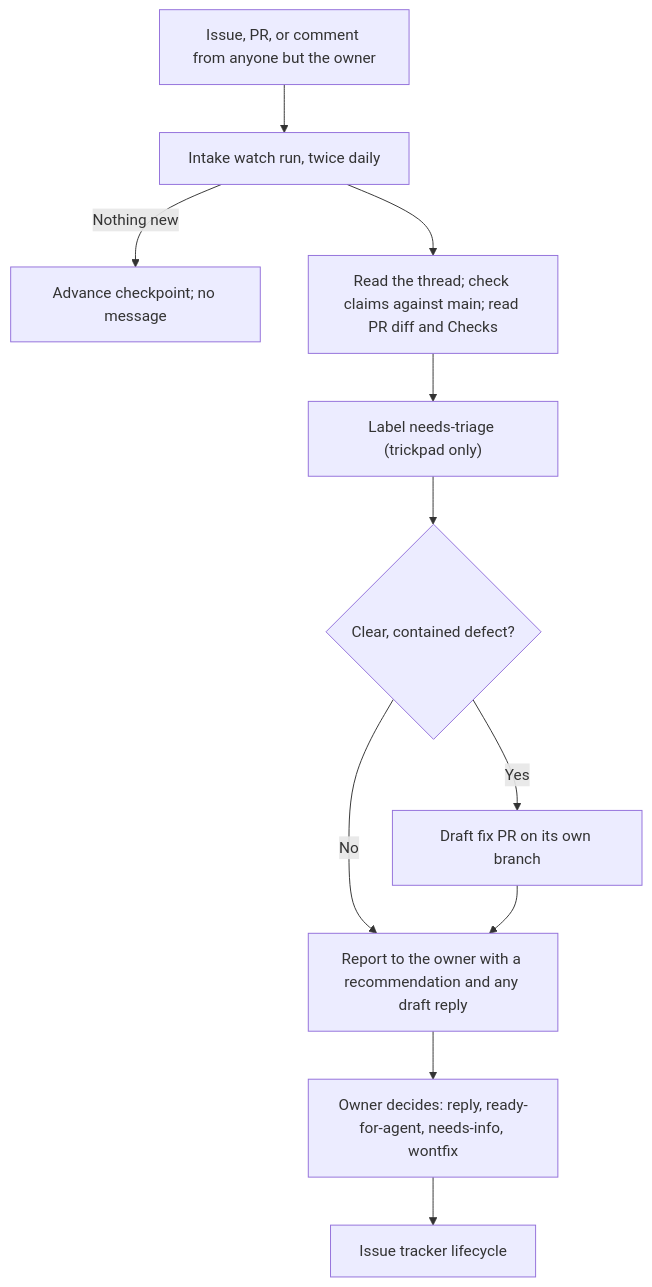
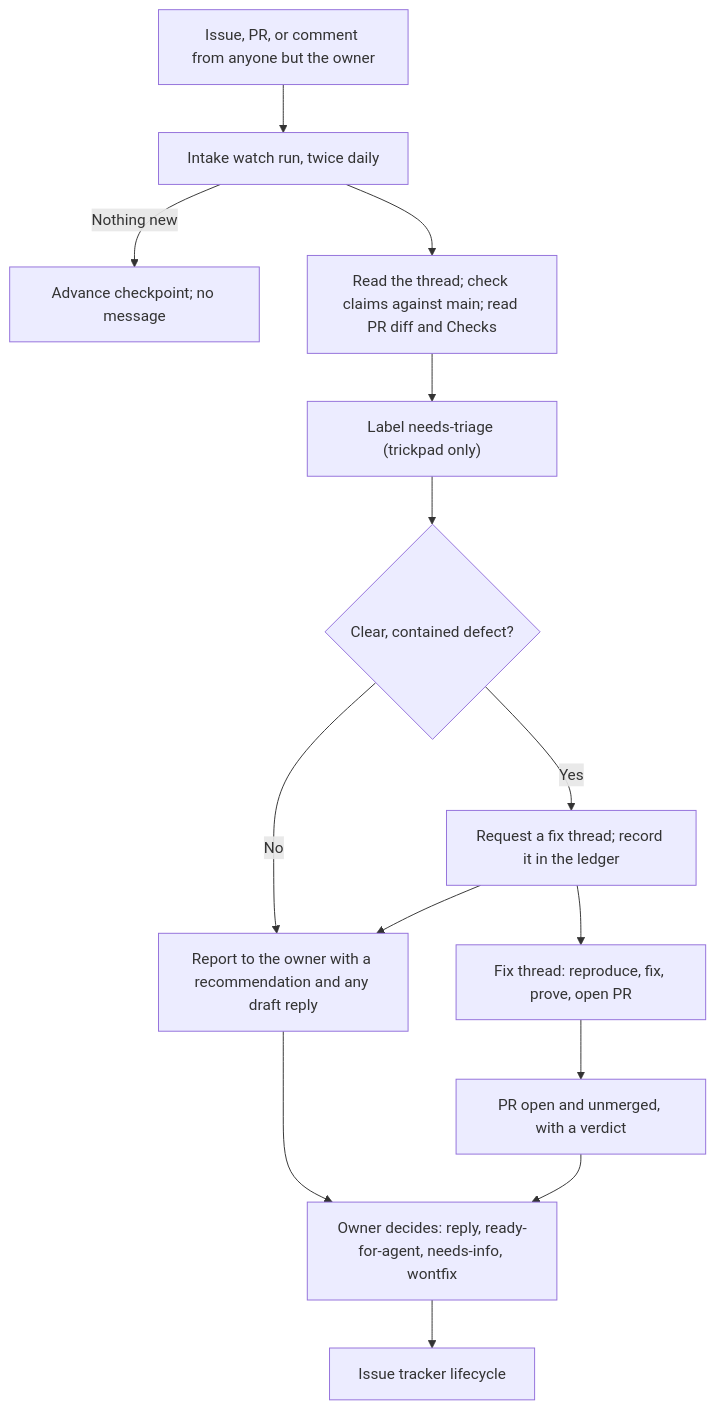
Before and after one commit to nweii/trickpad: the diagram in docs/agents/factory.md, drawn with Mermaid. The commit also changed other lines of this file, not shown here.

First line of the commit message:
docs: give each intake fix its own thread under a full stop

````diff
--- a/docs/agents/factory.md
+++ b/docs/agents/factory.md
@@ -7,13 +7,16 @@
 ```mermaid
 flowchart TD
     Outside["Issue, PR, or comment from anyone but the owner"] --> Watch["Intake watch run, twice daily"]
     Watch -->|Nothing new| Quiet["Advance checkpoint; no message"]
     Watch --> Read["Read the thread; check claims against main; read PR diff and Checks"]
     Read --> Label["Label needs-triage (trickpad only)"]
     Label --> Fix{"Clear, contained defect?"}
-    Fix -->|Yes| Draft["Draft fix PR on its own branch"]
-    Fix -->|No| Report
-    Draft --> Report["Report to the owner with a recommendation and any draft reply"]
+    Fix -->|No| Report["Report to the owner with a recommendation and any draft reply"]
+    Fix -->|Yes| Thread["Request a fix thread; record it in the ledger"]
+    Thread --> Report
+    Thread --> FixRun["Fix thread: reproduce, fix, prove, open PR"]
+    FixRun --> Verdict["PR open and unmerged, with a verdict"]
+    Verdict --> Owner
     Report --> Owner["Owner decides: reply, ready-for-agent, needs-info, wontfix"]
     Owner --> Lifecycle["Issue tracker lifecycle"]
 ```
````
